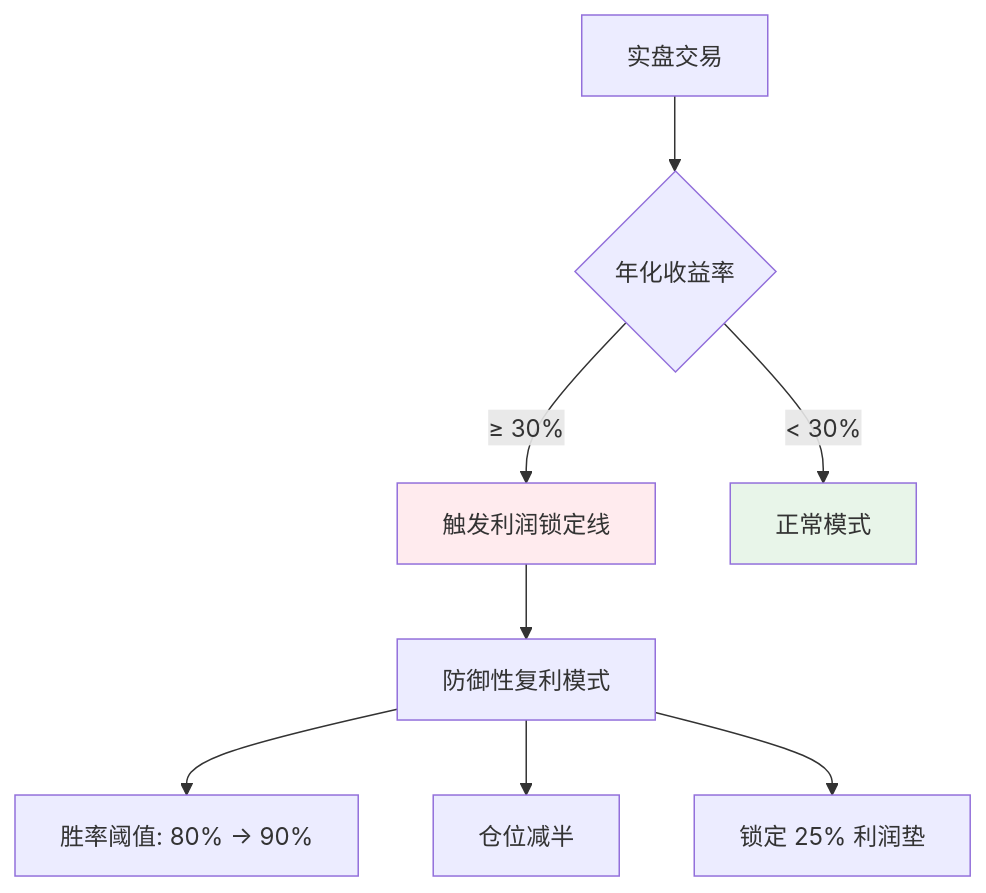
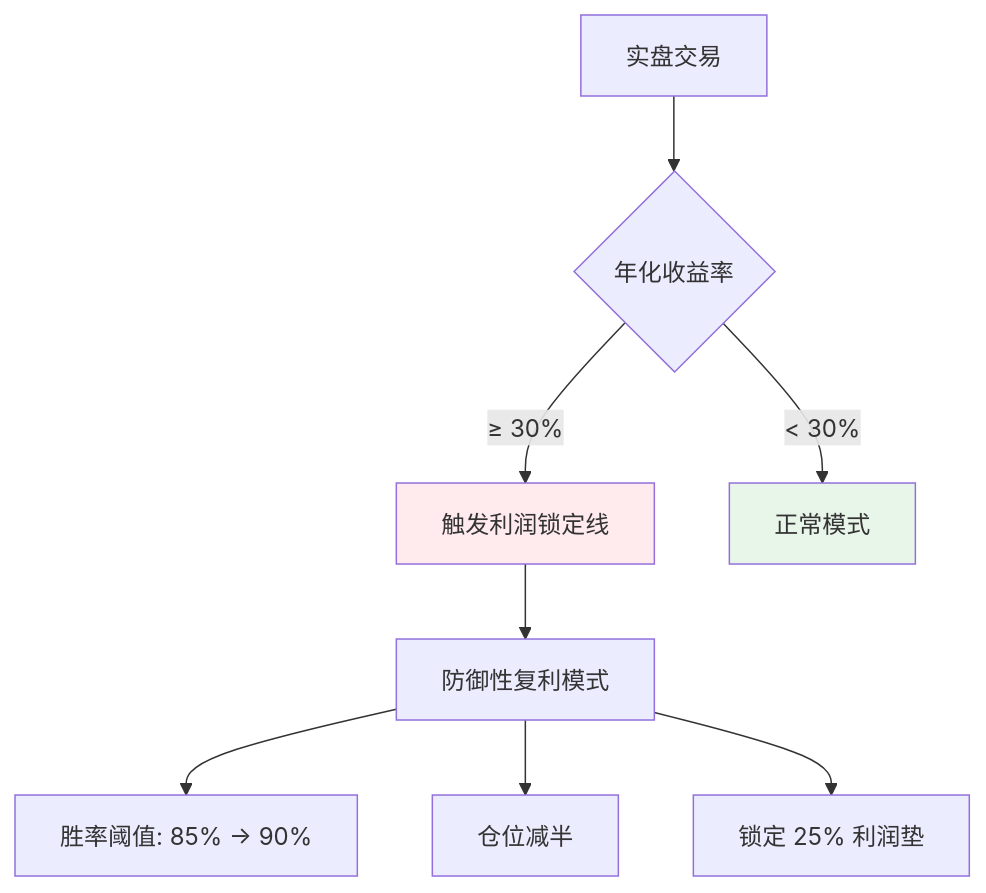
The fourth of 6 diagrams in 05_成功标识与验证/04_验收标准通俗解释.md (myxxhui/diting-doc), drawn with Mermaid before and after one commit. The commit also changed other lines of this file and 39 other files, not shown here.

````diff
--- a/05_成功标识与验证/04_验收标准通俗解释.md
+++ b/05_成功标识与验证/04_验收标准通俗解释.md
@@ -232,13 +232,13 @@
 ```mermaid
 flowchart TB
     A[实盘交易] --> B{年化收益率}
     B -->|≥ 30%| C[触发利润锁定线]
     B -->|< 30%| D[正常模式]
     C --> E[防御性复利模式]
-    E --> F[胜率阈值: 80% → 90%]
+    E --> F[胜率阈值: 85% → 90%]
     E --> G[仓位减半]
     E --> H[锁定 25% 利润垫]
     
     style C fill:#ffebee
     style D fill:#e8f5e9
 ```
````
